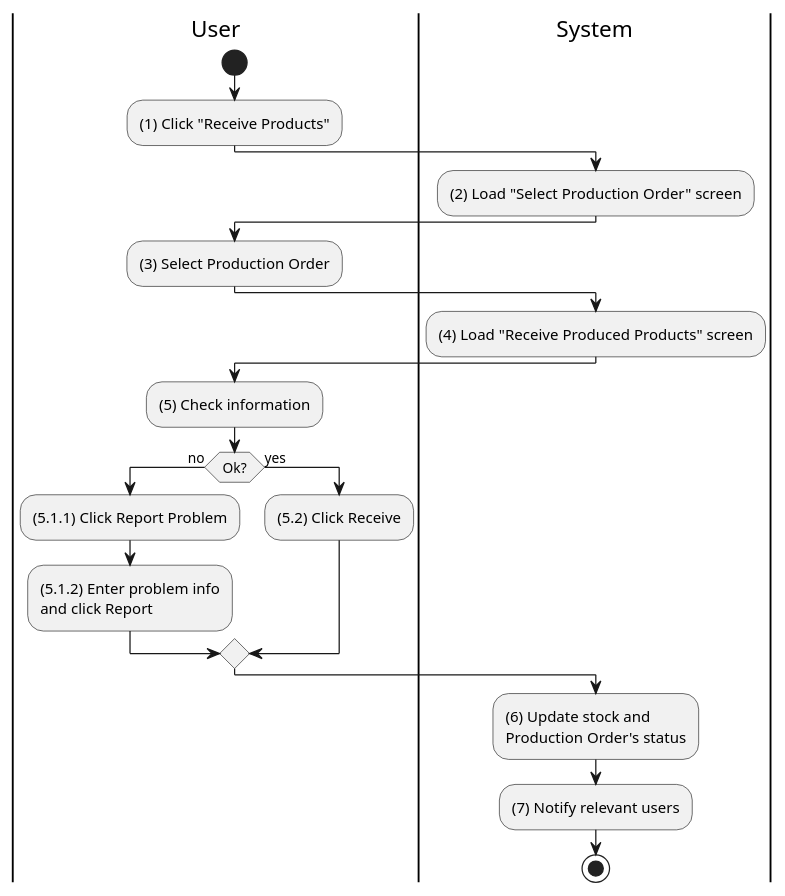
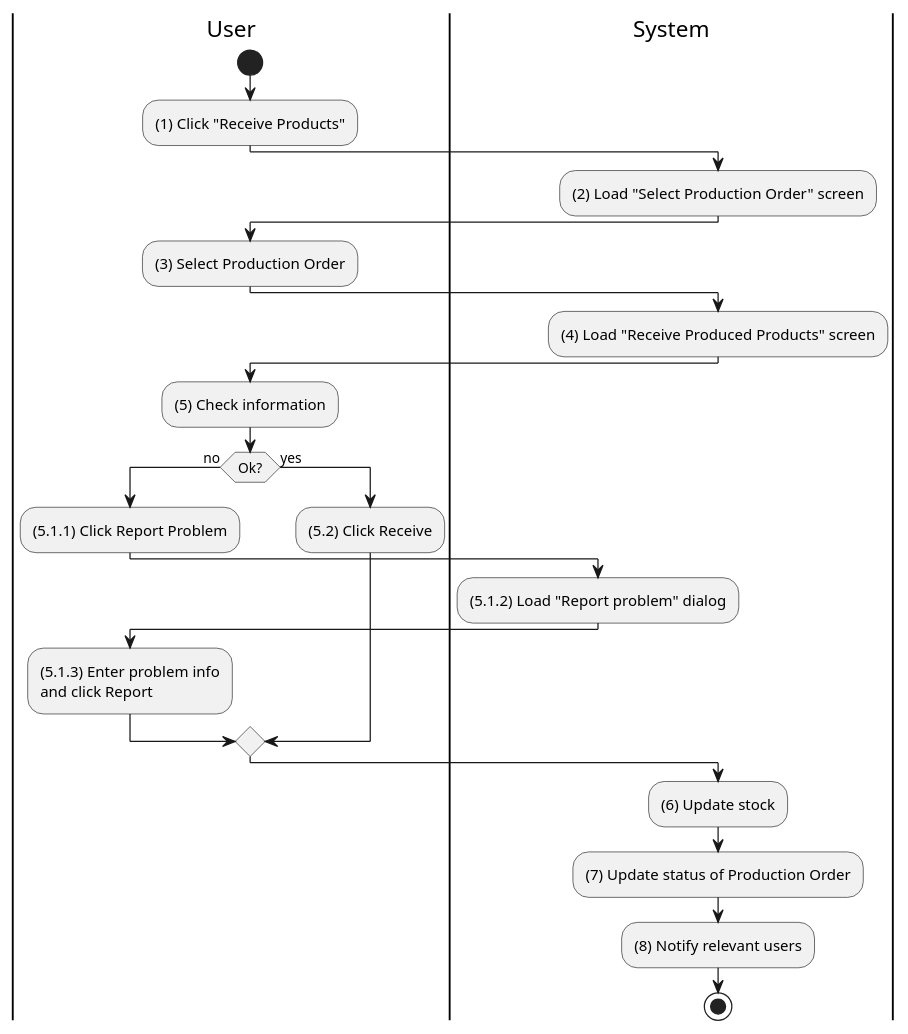
Before and after one commit to phihungha/SE357-Practice-class: the diagram in Lab1/Lab1.2/activities/inventory-product-receive.plantuml, drawn with PlantUML. The commit also changed 21 other files, not shown here.

Commit message:
Finalize activity diagram

```diff
--- a/Lab1/Lab1.2/activities/inventory-product-receive.plantuml
+++ b/Lab1/Lab1.2/activities/inventory-product-receive.plantuml
@@ -1,34 +1,40 @@
 @startuml inventory-product-receive
 |u|User
 |s|System
 
 |u|
 start
 :(1) Click "Receive Products";
 
 |s|
 :(2) Load "Select Production Order" screen;
 
 |u|
 :(3) Select Production Order;
 
 |s|
 :(4) Load "Receive Produced Products" screen;
 
 |u|
 :(5) Check information;
 
 if (Ok?) then (no)
     |u|
     :(5.1.1) Click Report Problem;
-    :(5.1.2) Enter problem info\nand click Report;
+
+    |s|
+    :(5.1.2) Load "Report problem" dialog;
+
+    |u|
+    :(5.1.3) Enter problem info\nand click Report;
 else (yes)
     |u|
     :(5.2) Click Receive;
 endif
 
 |s|
-:(6) Update stock and\nProduction Order's status;
-:(7) Notify relevant users;
+:(6) Update stock;
+:(7) Update status of Production Order;
+:(8) Notify relevant users;
 stop
 @enduml
```
